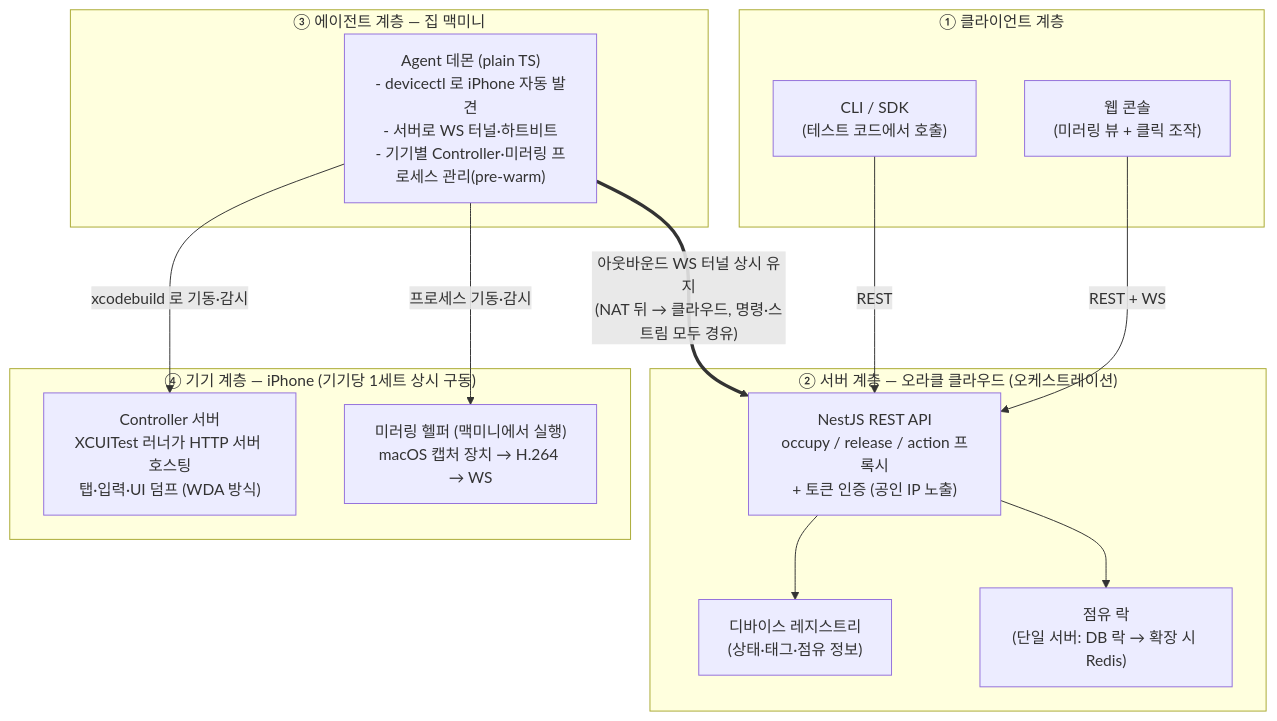
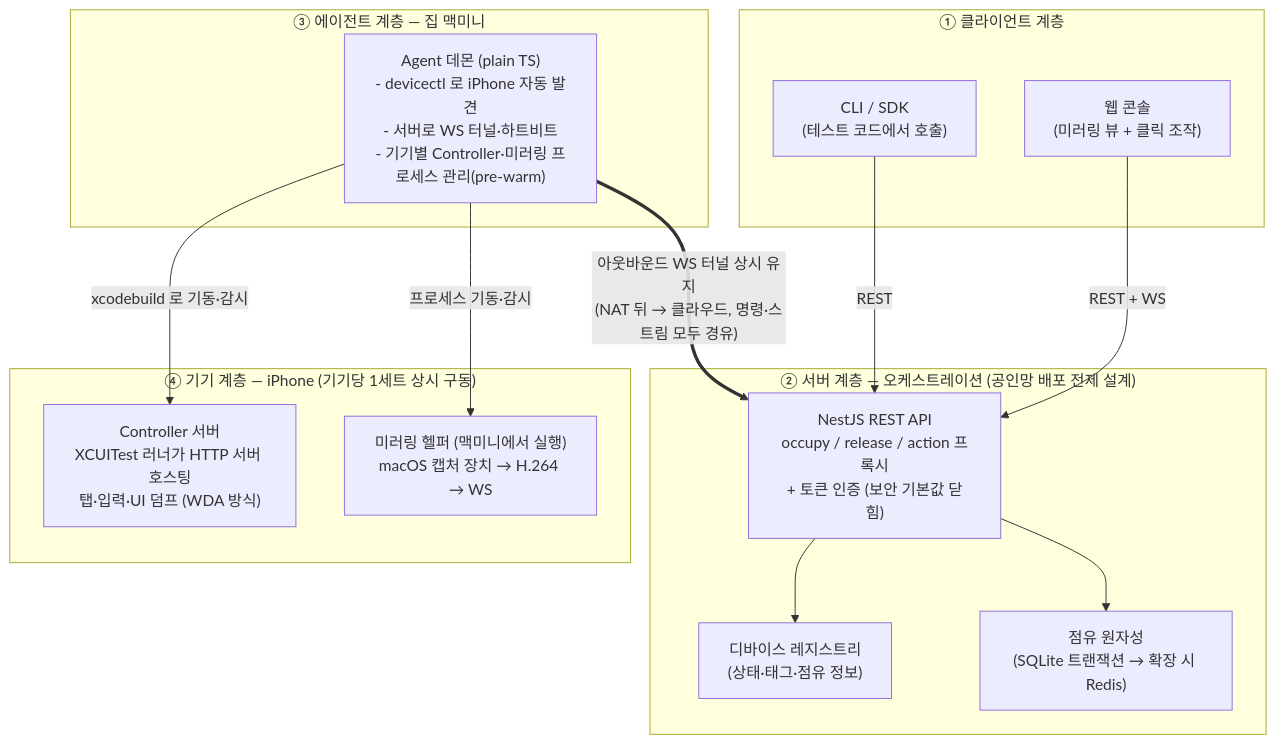
One commit to izg0820/nebula-clone changed the first of 2 diagrams in README.md. Above: the diagram before and after it, drawn with Mermaid. The commit also changed other lines of this file and 18 other files, not shown here.

````diff
--- a/README.md
+++ b/README.md
@@ -26,30 +29,30 @@
 ```mermaid
 flowchart TB
     subgraph client["① 클라이언트 계층"]
         WEB["웹 콘솔<br/>(미러링 뷰 + 클릭 조작)"]
         CLI["CLI / SDK<br/>(테스트 코드에서 호출)"]
     end
 
-    subgraph server["② 서버 계층 — 오라클 클라우드 (오케스트레이션)"]
-        API["NestJS REST API<br/>occupy / release / action 프록시<br/>+ 토큰 인증 (공인 IP 노출)"]
+    subgraph server["② 서버 계층 — 오케스트레이션 (공인망 배포 전제 설계)"]
+        API["NestJS REST API<br/>occupy / release / action 프록시<br/>+ 토큰 인증 (보안 기본값 닫힘)"]
         REG["디바이스 레지스트리<br/>(상태·태그·점유 정보)"]
-        LOCK["점유 락<br/>(단일 서버: DB 락 → 확장 시 Redis)"]
+        LOCK["점유 원자성<br/>(SQLite 트랜잭션 → 확장 시 Redis)"]
     end
 
     subgraph agent["③ 에이전트 계층 — 집 맥미니"]
         AG["Agent 데몬 (plain TS)<br/>- devicectl 로 iPhone 자동 발견<br/>- 서버로 WS 터널·하트비트<br/>- 기기별 Controller·미러링 프로세스 관리(pre-warm)"]
     end
 
     subgraph device["④ 기기 계층 — iPhone (기기당 1세트 상시 구동)"]
         CTRL["Controller 서버<br/>XCUITest 러너가 HTTP 서버 호스팅<br/>탭·입력·UI 덤프 (WDA 방식)"]
         MIRROR["미러링 헬퍼 (맥미니에서 실행)<br/>macOS 캡처 장치 → H.264 → WS"]
     end
 
     WEB -->|"REST + WS"| API
     CLI -->|REST| API
     API --> REG
     API --> LOCK
     AG ==>|"아웃바운드 WS 터널 상시 유지<br/>(NAT 뒤 → 클라우드, 명령·스트림 모두 경유)"| API
     AG -->|"xcodebuild 로 기동·감시"| CTRL
     AG -->|"프로세스 기동·감시"| MIRROR
 ```
````
